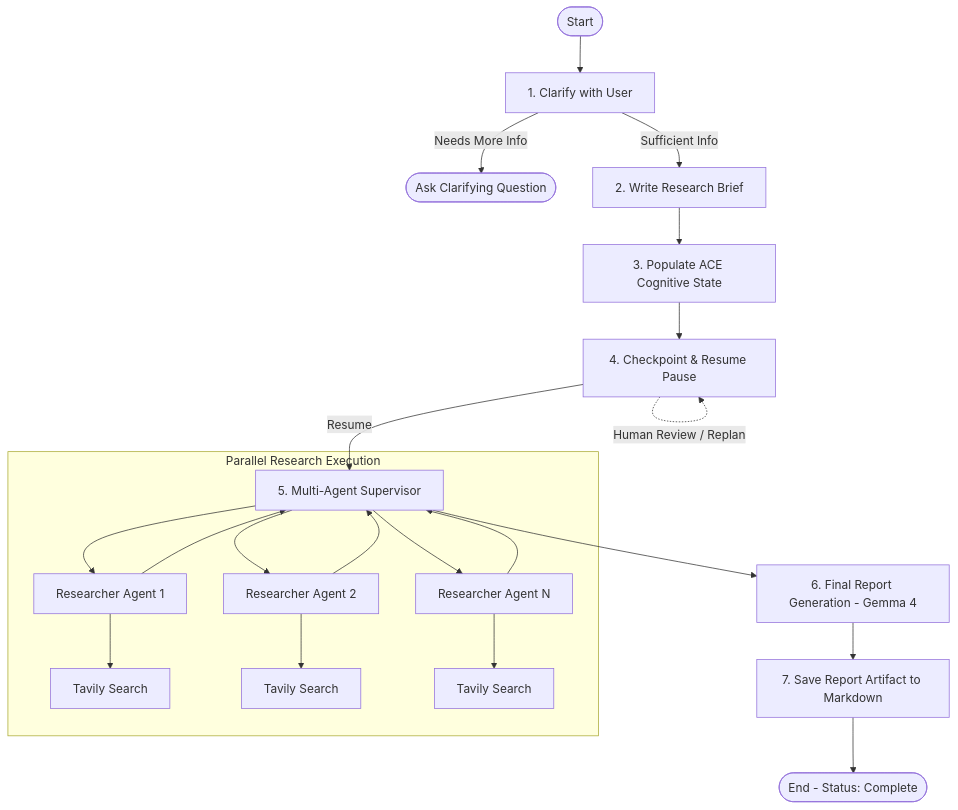
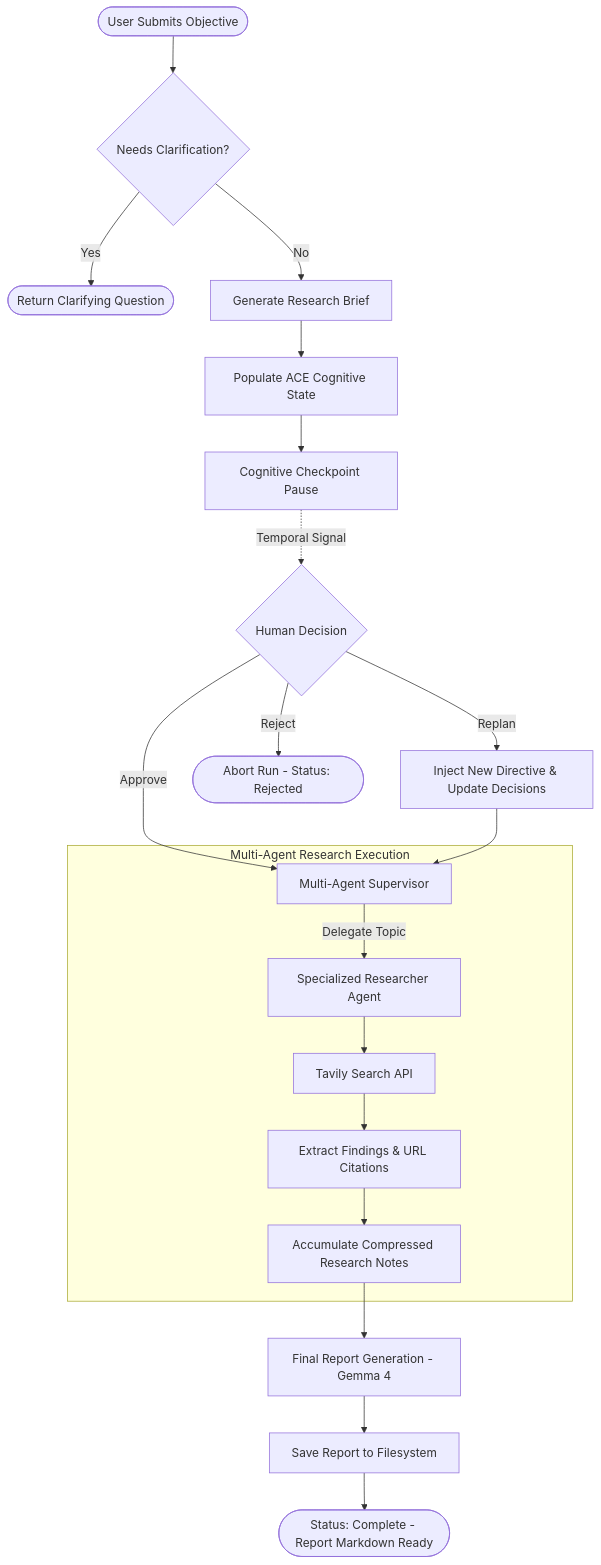
The first of 2 diagrams in README.md (rohan-kapadi/Autonomous-Cognitive-Engine-for-Deep-Research-and-Long-Horizon-Tasks), drawn with Mermaid before and after one commit. The commit also changed other lines of this file and 8 other files, not shown here.

First line of the commit message:
docs & fix(ace): comprehensive audit, README rewrite, clarification handling, and durability fixes

````diff
--- a/README.md
+++ b/README.md
@@ -43,25 +149,25 @@
 ```mermaid
 flowchart TD
-    START([Start]) --> clarify[1. Clarify with User]
-    clarify -->|Needs More Info| END_CLARIFY([Ask Clarifying Question])
-    clarify -->|Sufficient Info| brief[2. Write Research Brief]
-    brief --> cog_init[3. Populate ACE Cognitive State]
-    cog_init --> pause[4. Checkpoint & Resume Pause]
-    
-    pause -.->|Human Review / Replan| pause
-    pause -->|Resume| supervisor[5. Multi-Agent Supervisor]
-    
-    subgraph Parallel Research Execution
-        supervisor --> worker1[Researcher Agent 1]
-        supervisor --> worker2[Researcher Agent 2]
-        supervisor --> workerN[Researcher Agent N]
-        worker1 --> tavily1[Tavily Search]
-        worker2 --> tavily2[Tavily Search]
-        workerN --> tavily3[Tavily Search]
+    START([User Submits Objective]) --> clarify{Needs Clarification?}
+    clarify -->|Yes| ask_user([Return Clarifying Question])
+    clarify -->|No| brief[Generate Research Brief]
+    brief --> init_state[Populate ACE Cognitive State]
+    init_state --> checkpoint[Cognitive Checkpoint Pause]
+
+    checkpoint -.->|Temporal Signal| decision{Human Decision}
+    decision -->|Replan| replan[Inject New Directive & Update Decisions]
+    decision -->|Reject| abort([Abort Run - Status: Rejected])
+    decision -->|Approve| supervisor[Multi-Agent Supervisor]
+    replan --> supervisor
+
+    subgraph Multi-Agent Research Execution
+        supervisor -->|Delegate Topic| researcher[Specialized Researcher Agent]
+        researcher --> tavily[Tavily Search API]
+        tavily --> extract[Extract Findings & URL Citations]
+        extract --> notes[Accumulate Compressed Research Notes]
     end
-    
-    worker1 & worker2 & workerN --> supervisor
-    supervisor --> report[6. Final Report Generation - Gemma 4]
-    report --> save[7. Save Report Artifact to Markdown]
-    save --> FINISH([End - Status: Complete])
+
+    notes --> synthesis[Final Report Generation - Gemma 4]
+    synthesis --> save[Save Report to Filesystem]
+    save --> COMPLETE([Status: Complete - Report Markdown Ready])
 ```
````
